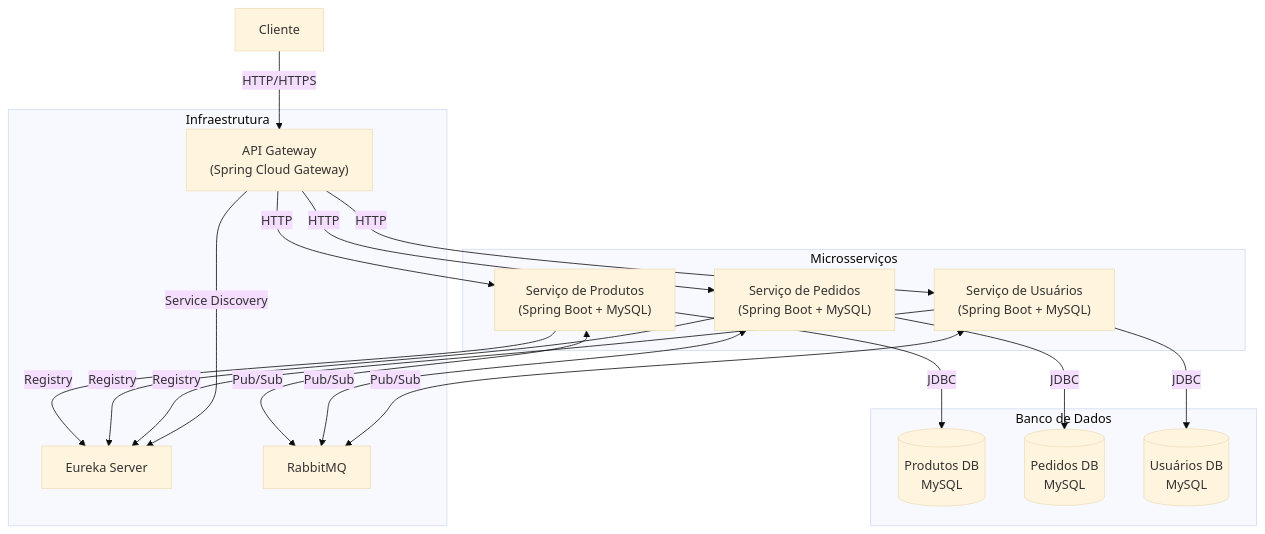
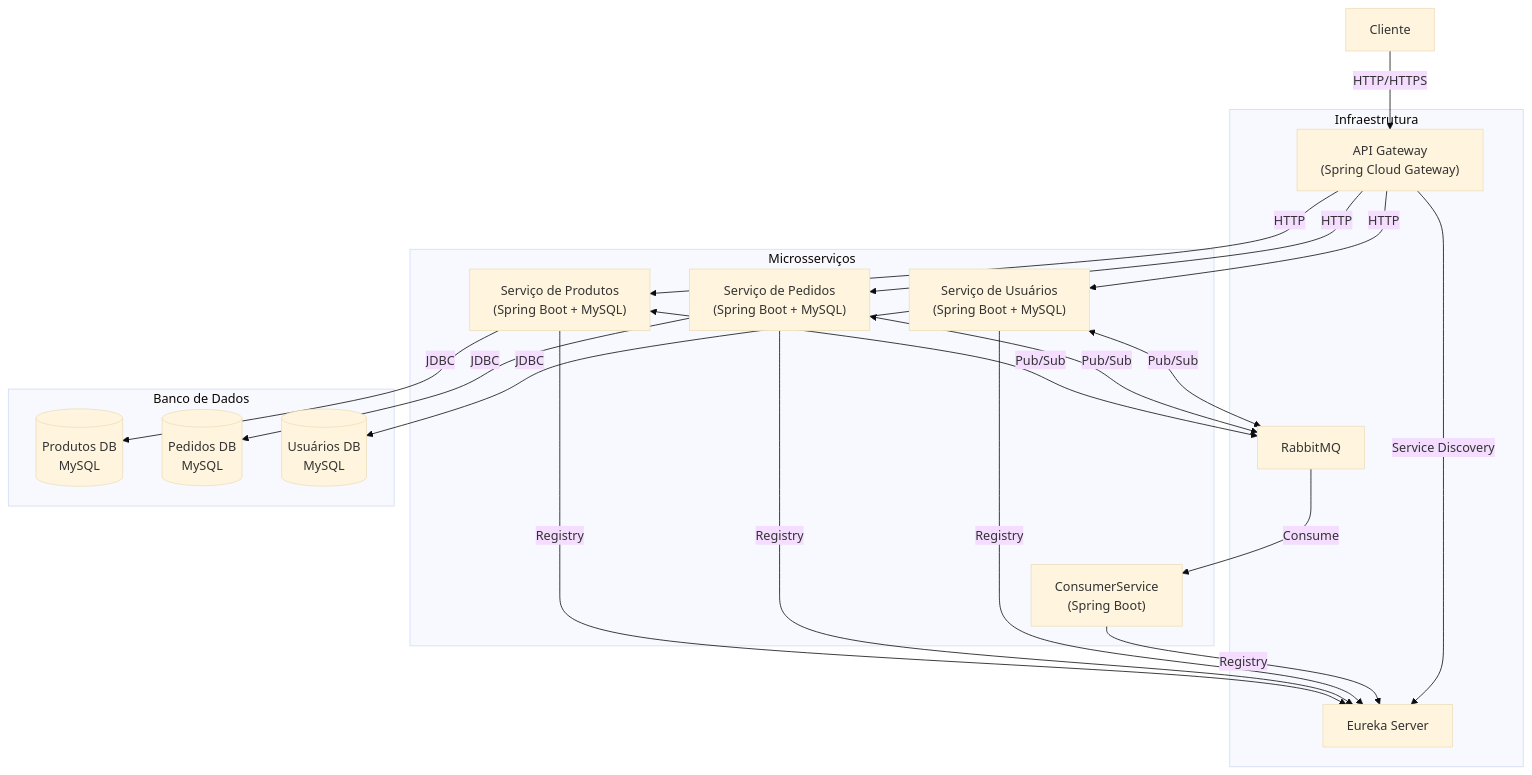
The diagram in README.md (norberto-enomoto/eda-spring-boot-rabbitmq-graalvm), drawn with Mermaid (base theme) before and after one commit. The commit also changed 18 other files, not shown here.

Commit message:
Changed the diagram adding consumer-service

````diff
--- a/README.md
+++ b/README.md
@@ -3,40 +3,43 @@
 ```mermaid
 graph TB
     subgraph "Infraestrutura"
         EUREKA["Eureka Server"]
         GATEWAY["API Gateway<br>(Spring Cloud Gateway)"]
         RABBITMQ["RabbitMQ"]
     end
 
     subgraph "Microsserviços"
         PRODUCT["Serviço de Produtos<br>(Spring Boot + MySQL)"]
         ORDER["Serviço de Pedidos<br>(Spring Boot + MySQL)"]
         USER["Serviço de Usuários<br>(Spring Boot + MySQL)"]
+        CONSUMER["ConsumerService<br>(Spring Boot)"]
     end
 
     CLIENT["Cliente"]
 
     CLIENT -->|HTTP/HTTPS| GATEWAY
     GATEWAY -->|HTTP| PRODUCT
     GATEWAY -->|HTTP| ORDER
     GATEWAY -->|HTTP| USER
 
     PRODUCT -->|Registry| EUREKA
     ORDER -->|Registry| EUREKA
     USER -->|Registry| EUREKA
+    CONSUMER -->|Registry| EUREKA
     GATEWAY -->|Service Discovery| EUREKA
 
     PRODUCT <-->|Pub/Sub| RABBITMQ
     ORDER <-->|Pub/Sub| RABBITMQ
     USER <-->|Pub/Sub| RABBITMQ
+    RABBITMQ -->|Consume| CONSUMER
 
     subgraph "Banco de Dados"
         PRODUCT_DB[(Produtos DB<br>MySQL)]
         ORDER_DB[(Pedidos DB<br>MySQL)]
         USER_DB[(Usuários DB<br>MySQL)]
     end
 
     PRODUCT -->|JDBC| PRODUCT_DB
     ORDER -->|JDBC| ORDER_DB
     USER -->|JDBC| USER_DB
 ```
````
